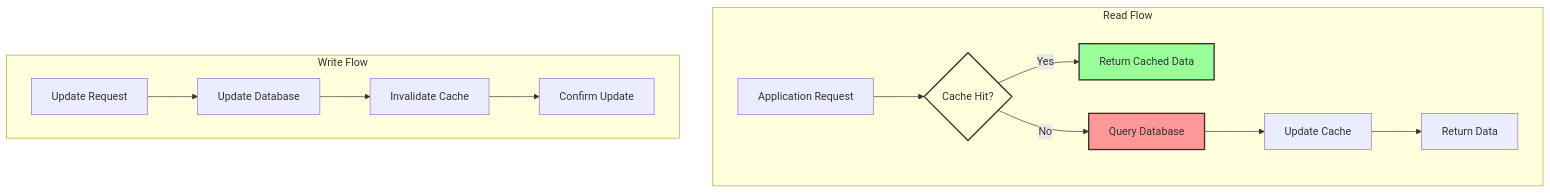
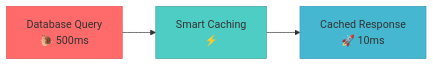
The first of 6 diagrams in docs/pattern-library/scaling/caching-strategies.md (deepaucksharma/DStudio), drawn with Mermaid before and after one commit. The commit also changed other lines of this file and 23 other files, not shown here.

````diff
--- a/docs/pattern-library/scaling/caching-strategies.md
+++ b/docs/pattern-library/scaling/caching-strategies.md
@@ -111,20 +82,9 @@
 ```mermaid
-flowchart TB
-    subgraph "Read Flow"
-        R1[Application Request] --> R2{Cache Hit?}
-        R2 -->|Yes| R3[Return Cached Data]
-        R2 -->|No| R4[Query Database]
-        R4 --> R5[Update Cache]
-        R5 --> R6[Return Data]
-    end
+graph LR
+    A[Database Query<br/>🐌 500ms] --> B[Smart Caching<br/>⚡]
+    B --> C[Cached Response<br/>🚀 10ms]
     
-    subgraph "Write Flow"
-        W1[Update Request] --> W2[Update Database]
-        W2 --> W3[Invalidate Cache]
-        W3 --> W4[Confirm Update]
-    end
-    
-    style R2 fill:#ffd,stroke:#333,stroke-width:2px
-    style R3 fill:#9f9,stroke:#333,stroke-width:2px
-    style R4 fill:#f99,stroke:#333,stroke-width:2px
+    style A fill:#ff6b6b,stroke:#e55353
+    style B fill:#4ecdc4,stroke:#45a29e  
+    style C fill:#45b7d1,stroke:#3a9bc1
 ```
````
